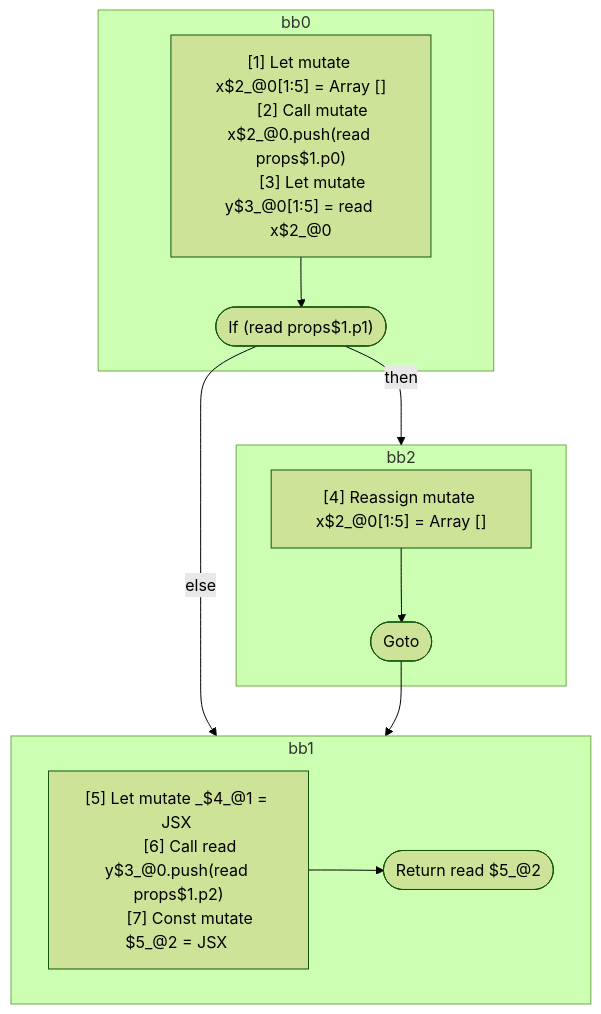
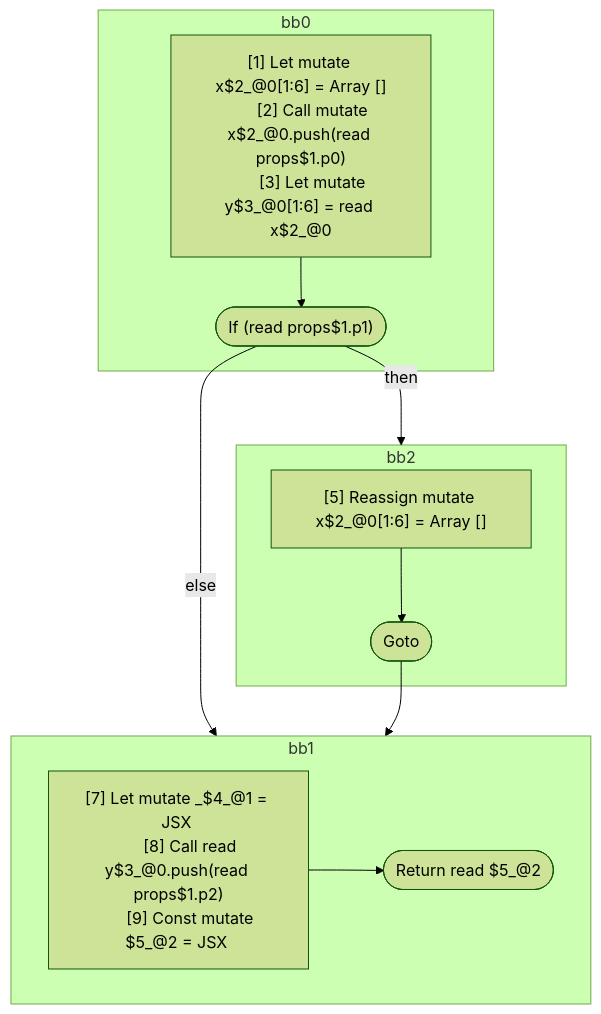
The diagram in compiler/forget/src/__tests__/fixtures/hir/reassignment-conditional.expect.md (wutsmog/private), drawn with Mermaid (forest theme) before and after one commit. The commit also changed other lines of this file and 61 other files, not shown here.

````diff
--- a/compiler/forget/src/__tests__/fixtures/hir/reassignment-conditional.expect.md
+++ b/compiler/forget/src/__tests__/fixtures/hir/reassignment-conditional.expect.md
@@ -44,32 +44,32 @@
 ```mermaid
 flowchart TB
   %% Basic Blocks
   subgraph bb0
     bb0_instrs["
-      [1] Let mutate x$2_@0[1:5] = Array []
+      [1] Let mutate x$2_@0[1:6] = Array []
       [2] Call mutate x$2_@0.push(read props$1.p0)
-      [3] Let mutate y$3_@0[1:5] = read x$2_@0
+      [3] Let mutate y$3_@0[1:6] = read x$2_@0
     "]
     bb0_instrs --> bb0_terminal(["If (read props$1.p1)"])
   end
   subgraph bb2
     bb2_instrs["
-      [4] Reassign mutate x$2_@0[1:5] = Array []
+      [5] Reassign mutate x$2_@0[1:6] = Array []
     "]
     bb2_instrs --> bb2_terminal(["Goto"])
   end
   subgraph bb1
     bb1_instrs["
-      [5] Let mutate _$4_@1 = JSX <read Component$0 x={freeze x$2_@0} ></read Component$0>
-      [6] Call read y$3_@0.push(read props$1.p2)
-      [7] Const mutate $5_@2 = JSX <read Component$0 x={read x$2_@0} y={read y$3_@0} ></read Component$0>
+      [7] Let mutate _$4_@1 = JSX <read Component$0 x={freeze x$2_@0} ></read Component$0>
+      [8] Call read y$3_@0.push(read props$1.p2)
+      [9] Const mutate $5_@2 = JSX <read Component$0 x={read x$2_@0} y={read y$3_@0} ></read Component$0>
     "]
     bb1_instrs --> bb1_terminal(["Return read $5_@2"])
   end
 
   %% Jumps
   bb0_terminal -- "then" --> bb2
   bb0_terminal -- "else" --> bb1
   bb2_terminal --> bb1
 
 ```
````
